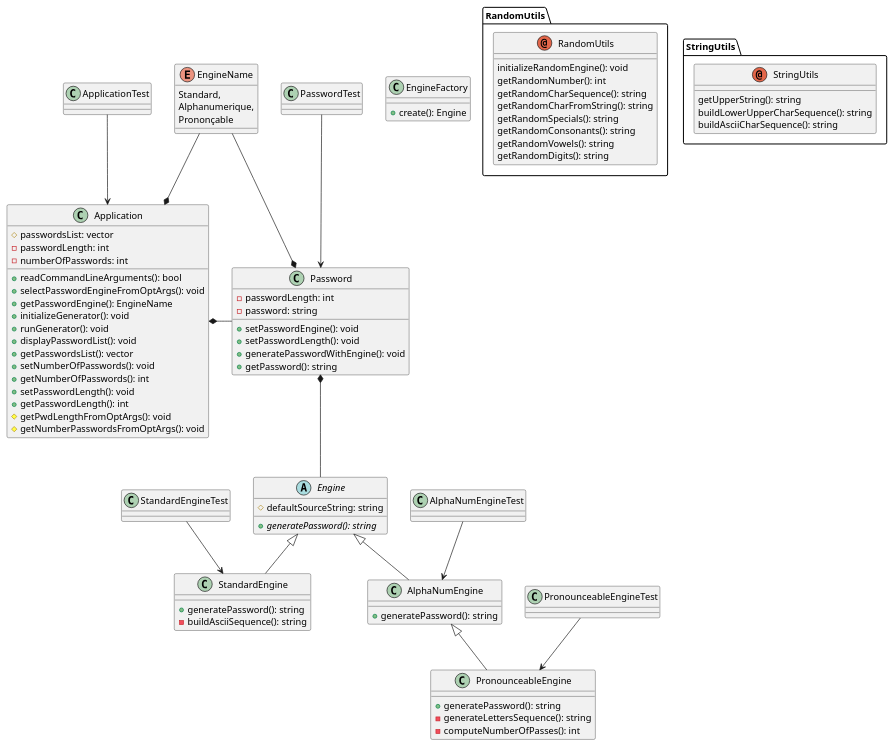
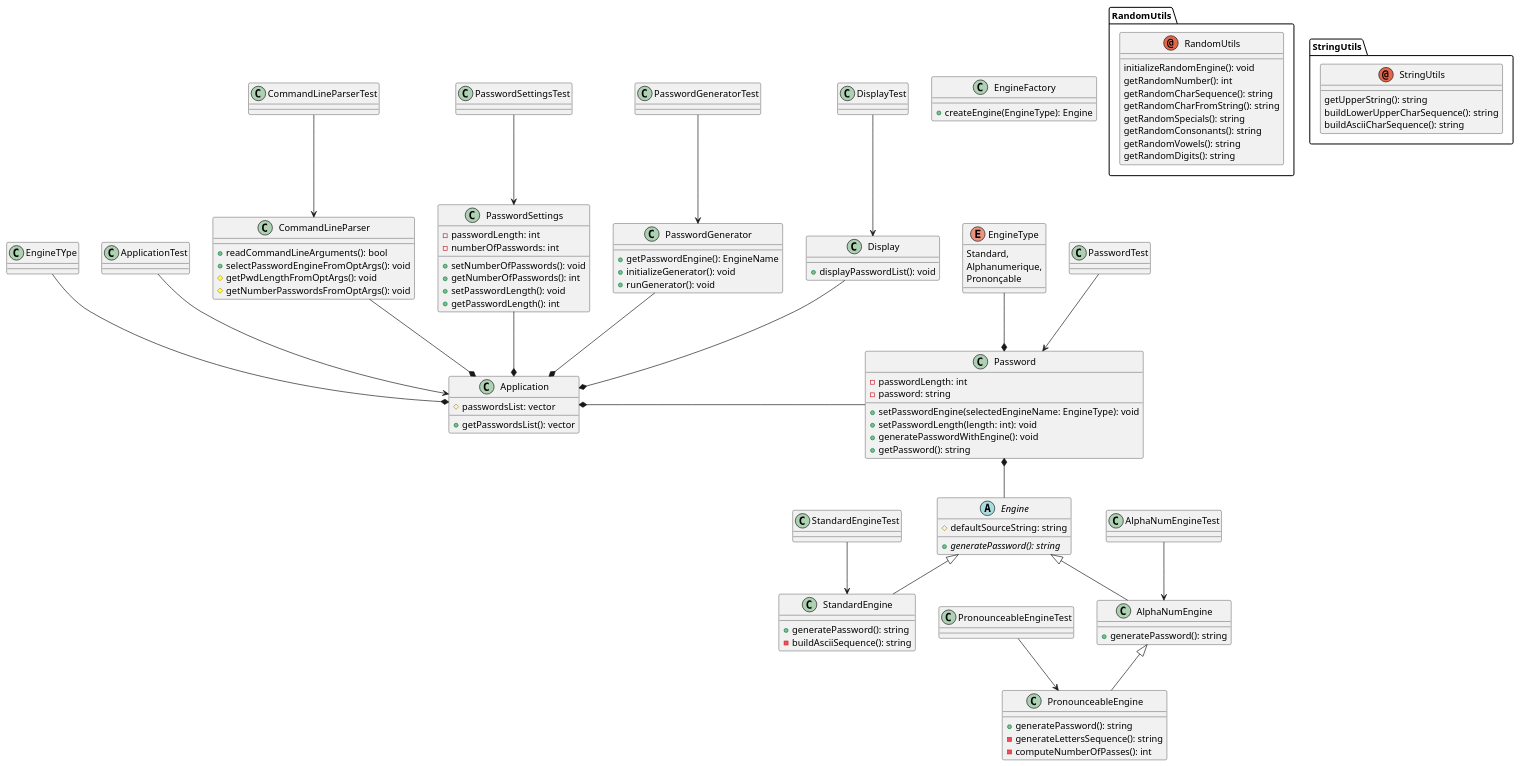
Before and after one commit to JN-GLX/password-generator: the diagram in docs/diagram/src/password-generator.wsd, drawn with PlantUML. The commit also changed 6 other files, not shown here.

Commit message:
modification du diagramme de classes

```diff
--- a/docs/diagram/src/password-generator.wsd
+++ b/docs/diagram/src/password-generator.wsd
@@ -1,98 +1,123 @@
 @startuml Password Generator
 
 abstract class Engine {
     +{abstract} generatePassword(): string
     #defaultSourceString: string
 }
 
 class EngineFactory {
-    +create(): Engine
+    +createEngine(EngineType): Engine
 }
 
 Password *-- Engine
 Engine <|-- StandardEngine
 Engine <|-- AlphaNumEngine
 AlphaNumEngine <|-- PronounceableEngine
 Application *- Password
-EngineName --* Password
-EngineName --* Application
+EngineType --* Password
+EngineTYpe --* Application
 ApplicationTest --> Application
 PasswordTest --> Password
 StandardEngineTest --> StandardEngine
 AlphaNumEngineTest --> AlphaNumEngine
 PronounceableEngineTest --> PronounceableEngine
+CommandLineParserTest --> CommandLineParser
+PasswordSettingsTest --> PasswordSettings
+PasswordGeneratorTest --> PasswordGenerator
+DisplayTest --> Display
 
 class StandardEngine {
     +generatePassword(): string
     -buildAsciiSequence(): string
 }
 
 class AlphaNumEngine {
     +generatePassword(): string
 }
 
 class PronounceableEngine {
     +generatePassword(): string
     -generateLettersSequence(): string
     -computeNumberOfPasses(): int
 }
 
 class Password {
     -passwordLength: int
     -password: string
-    +setPasswordEngine(): void
-    +setPasswordLength(): void
+    +setPasswordEngine(selectedEngineName: EngineType): void
+    +setPasswordLength(length: int): void
     +generatePasswordWithEngine(): void
     +getPassword(): string
 }
 
-enum EngineName {
+enum EngineType {
         Standard,
         Alphanumerique,
         Prononçable
 }
 
 set namespaceSeparator ::
 annotation RandomUtils::RandomUtils {
     initializeRandomEngine(): void
     getRandomNumber(): int
     getRandomCharSequence(): string
     getRandomCharFromString(): string
     getRandomSpecials(): string
     getRandomConsonants(): string
     getRandomVowels(): string
     getRandomDigits(): string
 }
 
 annotation StringUtils::StringUtils {
     getUpperString(): string
     buildLowerUpperCharSequence(): string
     buildAsciiCharSequence(): string
 }
 
 class Application {
+    +getPasswordsList(): vector
+    #passwordsList: vector
+}
+
+class Display {
+    +displayPasswordList(): void
+}
+
+class CommandLineParser {
     +readCommandLineArguments(): bool
     +selectPasswordEngineFromOptArgs(): void
-    +getPasswordEngine(): EngineName
-    +initializeGenerator(): void
-    +runGenerator(): void
-    +displayPasswordList(): void
-    +getPasswordsList(): vector
+    #getPwdLengthFromOptArgs(): void
+    #getNumberPasswordsFromOptArgs(): void
+}
+
+class PasswordSettings {
     +setNumberOfPasswords(): void
     +getNumberOfPasswords(): int
     +setPasswordLength(): void
     +getPasswordLength(): int
-    #getPwdLengthFromOptArgs(): void
-    #getNumberPasswordsFromOptArgs(): void
-    #passwordsList: vector
     -passwordLength: int
     -numberOfPasswords: int
 }
+
+class PasswordGenerator {
+    +getPasswordEngine(): EngineName
+    +initializeGenerator(): void
+    +runGenerator(): void
+}
+
+CommandLineParser --* Application
+PasswordSettings --* Application
+PasswordGenerator --* Application
+Display --* Application
 
 class ApplicationTest
 class PasswordTest
 class StandardEngineTest
 class AlphaNumEngineTest
 class PronounceableEngineTest
+class CommandLineParserTest
+class PasswordSettingsTest
+class PasswordGeneratorTest
+class DisplayTest
 
 @enduml
```
